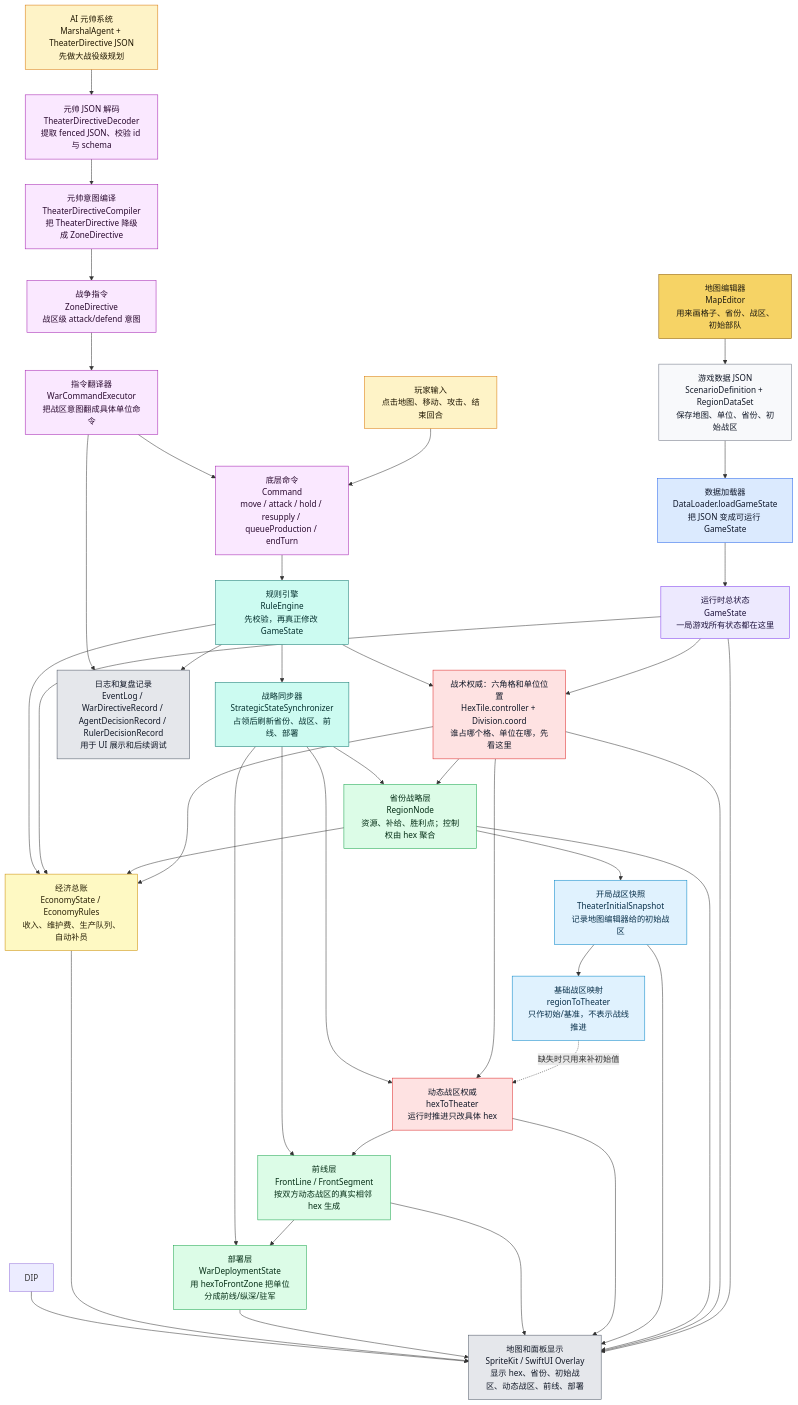
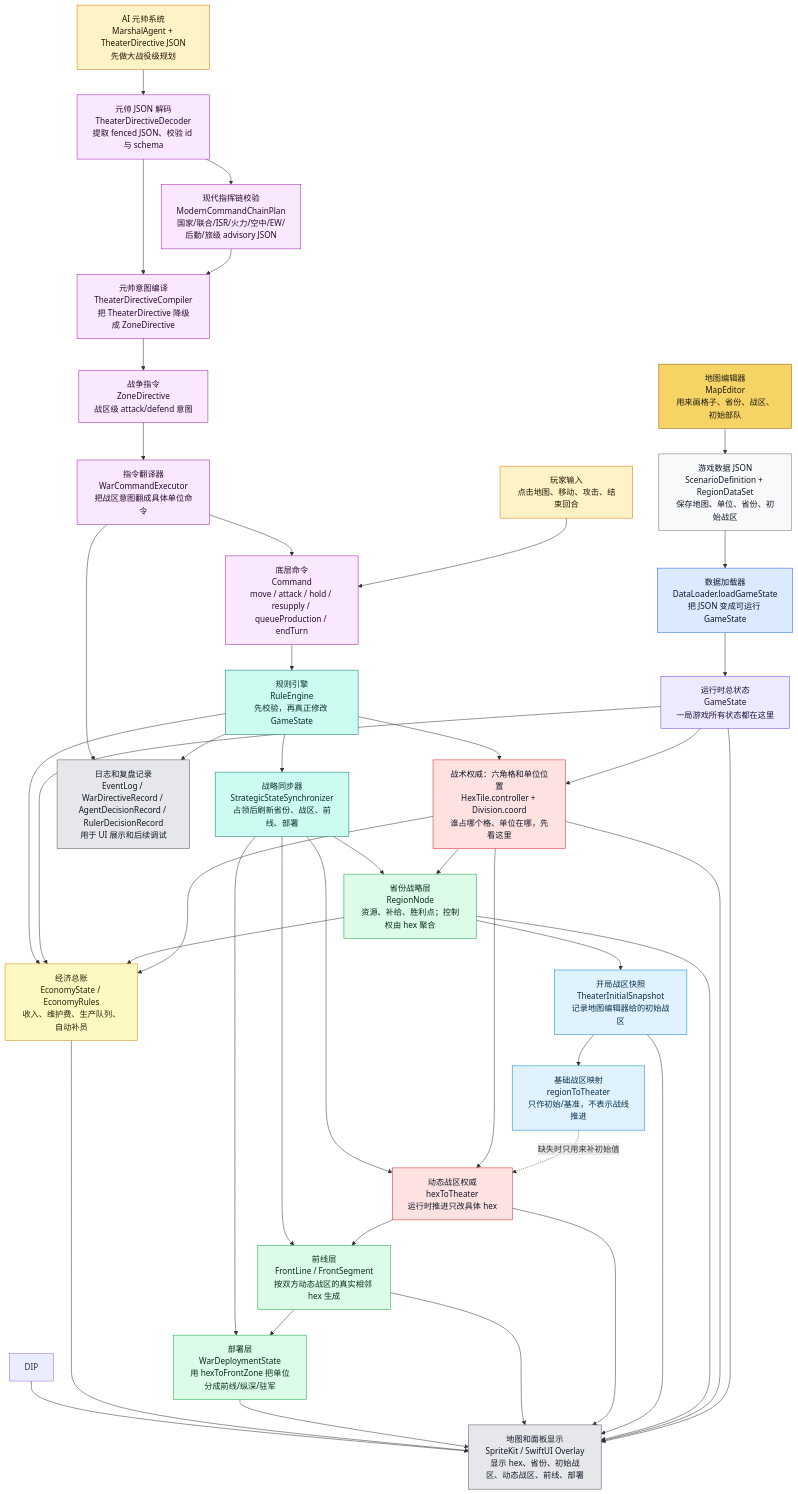
The ninth of 16 diagrams in md/flow/flowchart.md (Altman-sam114/127), drawn with Mermaid before and after one commit. The commit also changed other lines of this file and 8 other files, not shown here.

Commit message:
feat: add v6.6 modern command chain

````diff
--- a/md/flow/flowchart.md
+++ b/md/flow/flowchart.md
@@ -230,75 +262,77 @@
 ```mermaid
 flowchart TD
     ME["地图编辑器<br/>MapEditor<br/>用来画格子、省份、战区、初始部队"]:::editor
     JSON["游戏数据 JSON<br/>ScenarioDefinition + RegionDataSet<br/>保存地图、单位、省份、初始战区"]:::data
     DL["数据加载器<br/>DataLoader.loadGameState<br/>把 JSON 变成可运行 GameState"]:::loader
     GS["运行时总状态<br/>GameState<br/>一局游戏所有状态都在这里"]:::state
 
     HEX["战术权威：六角格和单位位置<br/>HexTile.controller + Division.coord<br/>谁占哪个格、单位在哪，先看这里"]:::authority
     REGION["省份战略层<br/>RegionNode<br/>资源、补给、胜利点；控制权由 hex 聚合"]:::derived
     INIT["开局战区快照<br/>TheaterInitialSnapshot<br/>记录地图编辑器给的初始战区"]:::snapshot
     R2T["基础战区映射<br/>regionToTheater<br/>只作初始/基准，不表示战线推进"]:::snapshot
     H2T["动态战区权威<br/>hexToTheater<br/>运行时推进只改具体 hex"]:::authority
     FRONT["前线层<br/>FrontLine / FrontSegment<br/>按双方动态战区的真实相邻 hex 生成"]:::derived
     DEPLOY["部署层<br/>WarDeploymentState<br/>用 hexToFrontZone 把单位分成前线/纵深/驻军"]:::derived
     ECO["经济总账<br/>EconomyState / EconomyRules<br/>收入、维护费、生产队列、自动补员"]:::economy
     PLAYER["玩家输入<br/>点击地图、移动、攻击、结束回合"]:::input
     AI["AI 元帅系统<br/>MarshalAgent + TheaterDirective JSON<br/>先做大战役级规划"]:::input
     DEC["元帅 JSON 解码<br/>TheaterDirectiveDecoder<br/>提取 fenced JSON、校验 id 与 schema"]:::command
+    MCHAIN["现代指挥链校验<br/>ModernCommandChainPlan<br/>国家/联合/ISR/火力/空中/EW/后勤/旅级 advisory JSON"]:::command
     COMP["元帅意图编译<br/>TheaterDirectiveCompiler<br/>把 TheaterDirective 降级成 ZoneDirective"]:::command
     ZD["战争指令<br/>ZoneDirective<br/>战区级 attack/defend 意图"]:::command
     WCE["指令翻译器<br/>WarCommandExecutor<br/>把战区意图翻成具体单位命令"]:::command
     CMD["底层命令<br/>Command<br/>move / attack / hold / resupply / queueProduction / endTurn"]:::command
     RE["规则引擎<br/>RuleEngine<br/>先校验，再真正修改 GameState"]:::rules
     SYNC["战略同步器<br/>StrategicStateSynchronizer<br/>占领后刷新省份、战区、前线、部署"]:::rules
 
     UI["地图和面板显示<br/>SpriteKit / SwiftUI Overlay<br/>显示 hex、省份、初始战区、动态战区、前线、部署"]:::ui
     LOG["日志和复盘记录<br/>EventLog / WarDirectiveRecord / AgentDecisionRecord / RulerDecisionRecord<br/>用于 UI 展示和后续调试"]:::ui
 
     ME --> JSON --> DL --> GS
     GS --> HEX
     HEX --> REGION
     HEX --> ECO
     REGION --> ECO
     REGION --> INIT
     INIT --> R2T
     R2T -.->|缺失时只用来补初始值| H2T
     HEX --> H2T
     H2T --> FRONT --> DEPLOY
     GS --> ECO
 
     PLAYER --> CMD
-    AI --> DEC --> COMP --> ZD --> WCE --> CMD
+    AI --> DEC --> MCHAIN --> COMP --> ZD --> WCE --> CMD
+    DEC --> COMP
     CMD --> RE --> HEX
     RE --> ECO
     RE --> SYNC
     SYNC --> REGION
     SYNC --> H2T
     SYNC --> FRONT
     SYNC --> DEPLOY
 
     GS --> UI
     HEX --> UI
     REGION --> UI
     INIT --> UI
     H2T --> UI
     FRONT --> UI
     DEPLOY --> UI
     ECO --> UI
     DIP --> UI
     RE --> LOG
     WCE --> LOG
 
     classDef editor fill:#f6d365,stroke:#8a5a00,color:#1f1b10
     classDef data fill:#f8f9fb,stroke:#6b7280,color:#111827
     classDef loader fill:#dbeafe,stroke:#2563eb,color:#0f172a
     classDef state fill:#ede9fe,stroke:#7c3aed,color:#1f143d
     classDef authority fill:#fee2e2,stroke:#dc2626,color:#111827
     classDef derived fill:#dcfce7,stroke:#16a34a,color:#052e16
     classDef snapshot fill:#e0f2fe,stroke:#0284c7,color:#082f49
     classDef input fill:#fef3c7,stroke:#d97706,color:#1f1600
     classDef economy fill:#fef9c3,stroke:#ca8a04,color:#292107
     classDef command fill:#fae8ff,stroke:#a21caf,color:#2a0a2f
     classDef rules fill:#ccfbf1,stroke:#0f766e,color:#042f2e
     classDef ui fill:#e5e7eb,stroke:#4b5563,color:#111827
 ```
````
